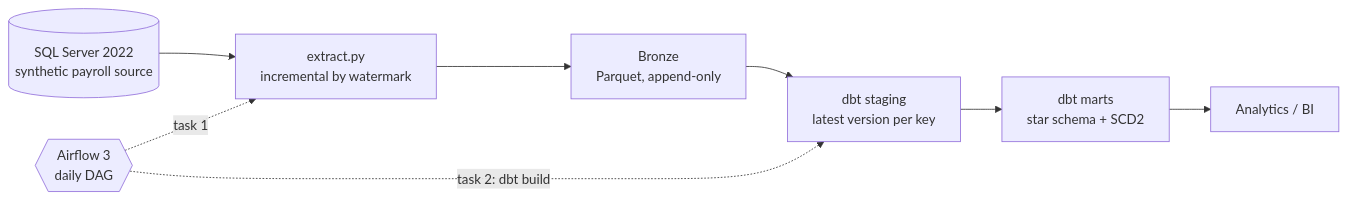
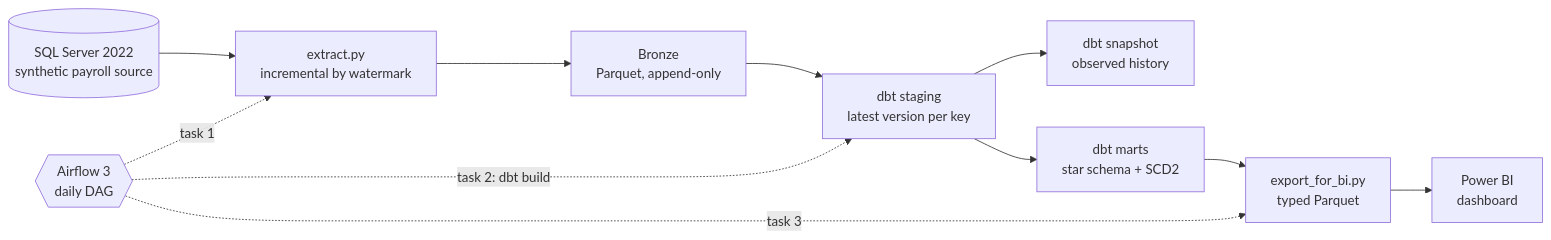
One commit to Enkr22/lab-de changed the diagram in README.md. Above: the diagram before and after it, drawn with Mermaid. The commit also changed other lines of this file and 12 other files, not shown here.

````diff
--- a/README.md
+++ b/README.md
@@ -21,14 +21,18 @@
 ```mermaid
 flowchart LR
     SQL[("SQL Server 2022<br/>synthetic payroll source")]
     EX["extract.py<br/>incremental by watermark"]
     BR["Bronze<br/>Parquet, append-only"]
     STG["dbt staging<br/>latest version per key"]
+    SNP["dbt snapshot<br/>observed history"]
     MRT["dbt marts<br/>star schema + SCD2"]
-    BI["Analytics / BI"]
+    SRV["export_for_bi.py<br/>typed Parquet"]
+    PBI["Power BI<br/>dashboard"]
     AF{{"Airflow 3<br/>daily DAG"}}
 
-    SQL --> EX --> BR --> STG --> MRT --> BI
+    SQL --> EX --> BR --> STG --> MRT --> SRV --> PBI
+    STG --> SNP
     AF -. "task 1" .-> EX
     AF -. "task 2: dbt build" .-> STG
+    AF -. "task 3" .-> SRV
 ```
````
